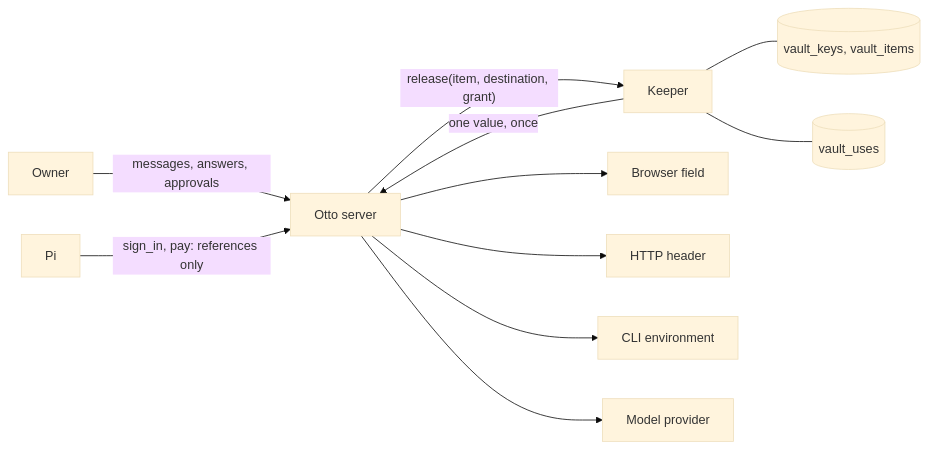
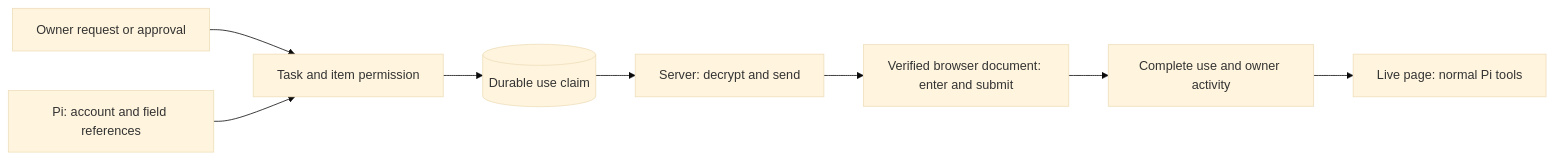
The diagram in docs/vault/README.md (n8n-io/nod), drawn with Mermaid (base theme) before and after one commit. The commit also changed other lines of this file and 89 other files, not shown here.

Commit message:
feat(vault): keep secret entry private and preserve browser tasks

````diff
--- a/docs/vault/README.md
+++ b/docs/vault/README.md
@@ -31,13 +9,10 @@
 ```mermaid
 flowchart LR
-  O[Owner] -- "messages, answers, approvals" --> S[Otto server]
-  P[Pi] -- "sign_in, pay: references only" --> S
-  S -- "release(item, destination, grant)" --> K[Keeper]
-  K -- "one value, once" --> S
-  K --- D[(vault_keys, vault_items)]
-  K --- U[(vault_uses)]
-  S --> B[Browser field]
-  S --> H[HTTP header]
-  S --> C[CLI environment]
-  S --> M[Model provider]
+  O[Owner request or approval] --> G[Task and item permission]
+  P[Pi: account and field references] --> G
+  G --> U[(Durable use claim)]
+  U --> S[Server: decrypt and send]
+  S --> B[Verified browser document: enter and submit]
+  B --> A[Complete use and owner activity]
+  A --> R[Live page: normal Pi tools]
 ```
````
